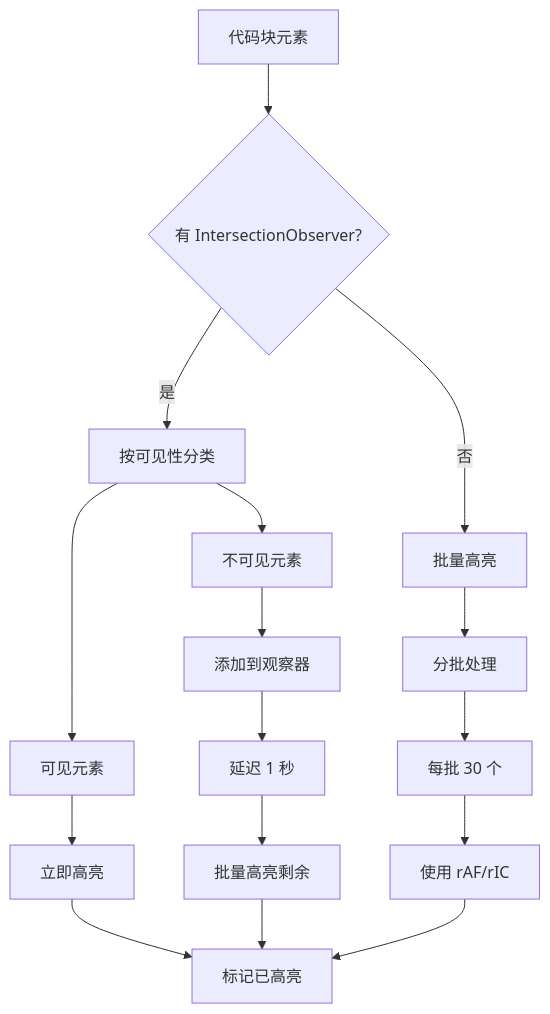
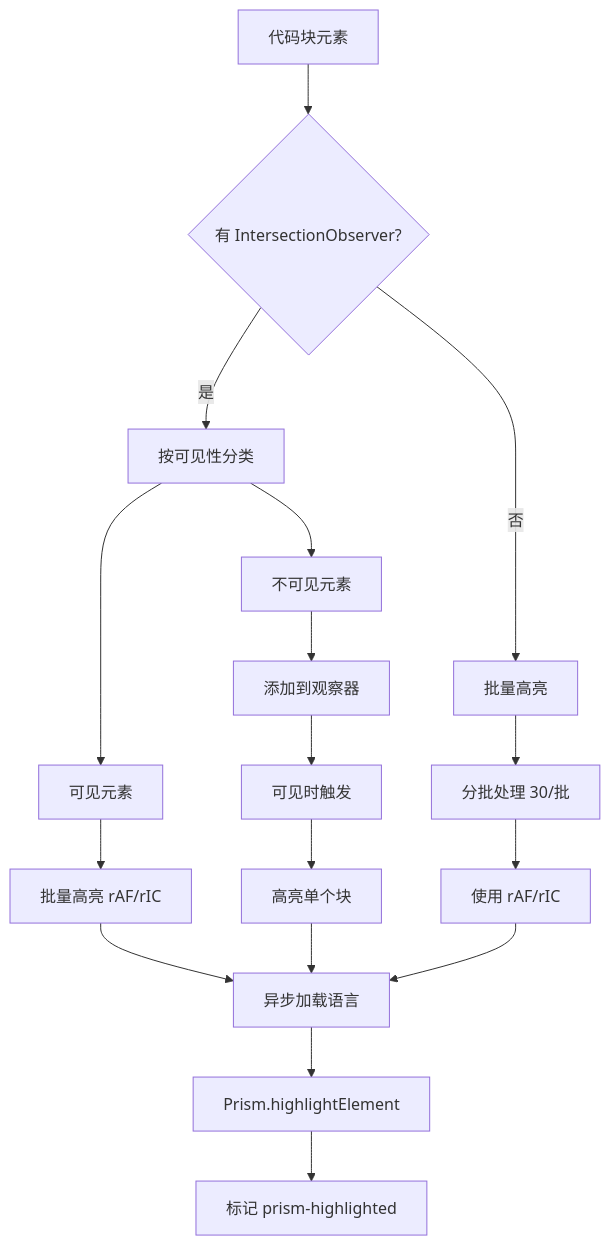
One commit to ZCShou/markdown changed the fifth of 8 diagrams in docs/preview.md. Above: the diagram before and after it, drawn with Mermaid. The commit also changed other lines of this file and 2 other files, not shown here.

````diff
--- a/docs/preview.md
+++ b/docs/preview.md
@@ -821,22 +887,24 @@
 ```mermaid
 graph TD
     A[代码块元素] --> B{有 IntersectionObserver?}
     B -->|是| C[按可见性分类]
     B -->|否| D[批量高亮]
     
     C --> E[可见元素]
     C --> F[不可见元素]
     
-    E --> G[立即高亮]
+    E --> G[批量高亮 rAF/rIC]
     F --> H[添加到观察器]
-    H --> I[延迟 1 秒]
-    I --> J[批量高亮剩余]
+    H --> I[可见时触发]
+    I --> J[高亮单个块]
     
-    D --> K[分批处理]
-    K --> L[每批 30 个]
-    L --> M[使用 rAF/rIC]
+    D --> K[分批处理 30/批]
+    K --> L[使用 rAF/rIC]
     
-    G --> N[标记已高亮]
-    J --> N
-    M --> N
+    G --> M[异步加载语言]
+    J --> M
+    L --> M
+    
+    M --> N[Prism.highlightElement]
+    N --> O[标记 prism-highlighted]
 ```
````
